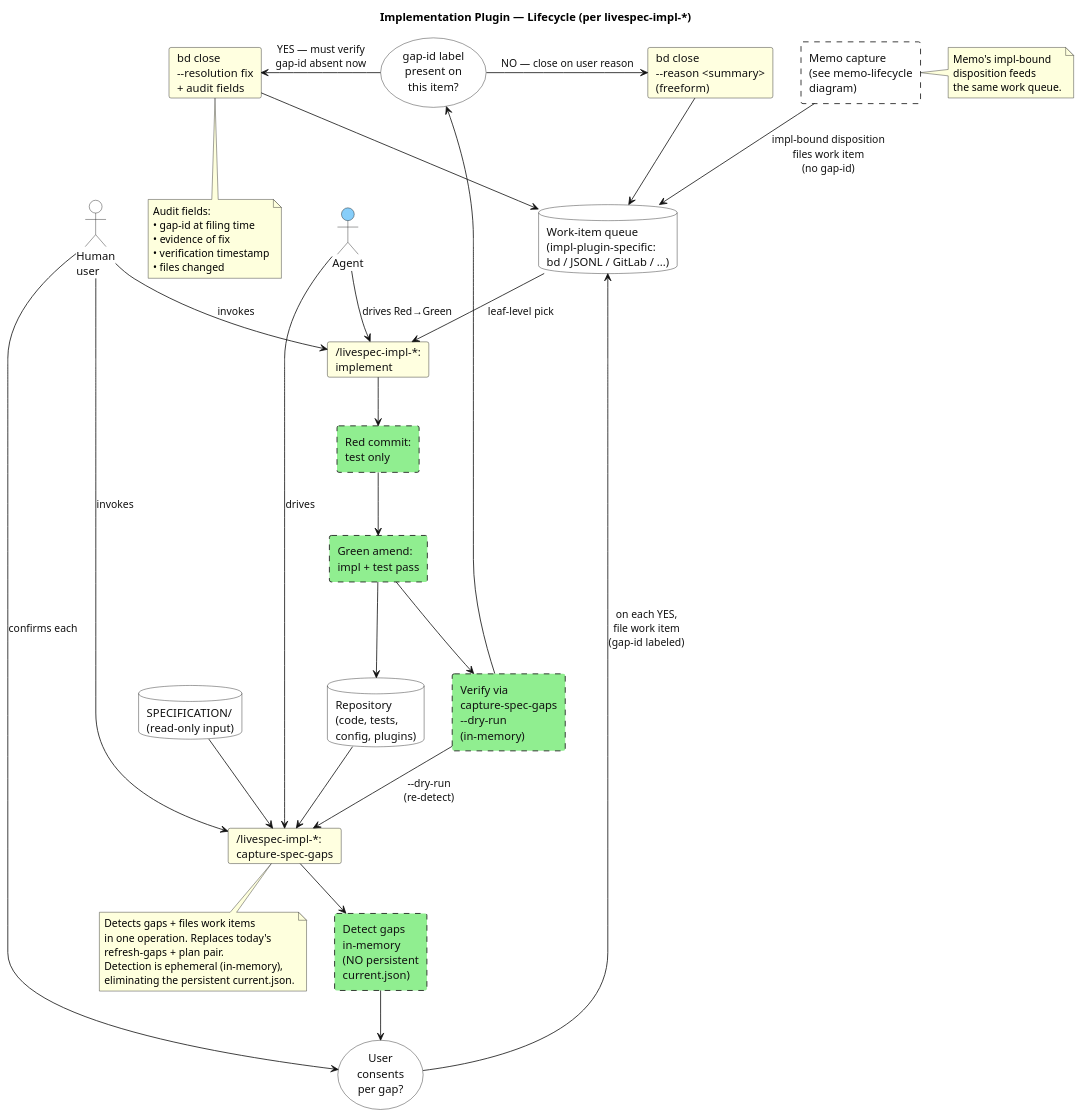
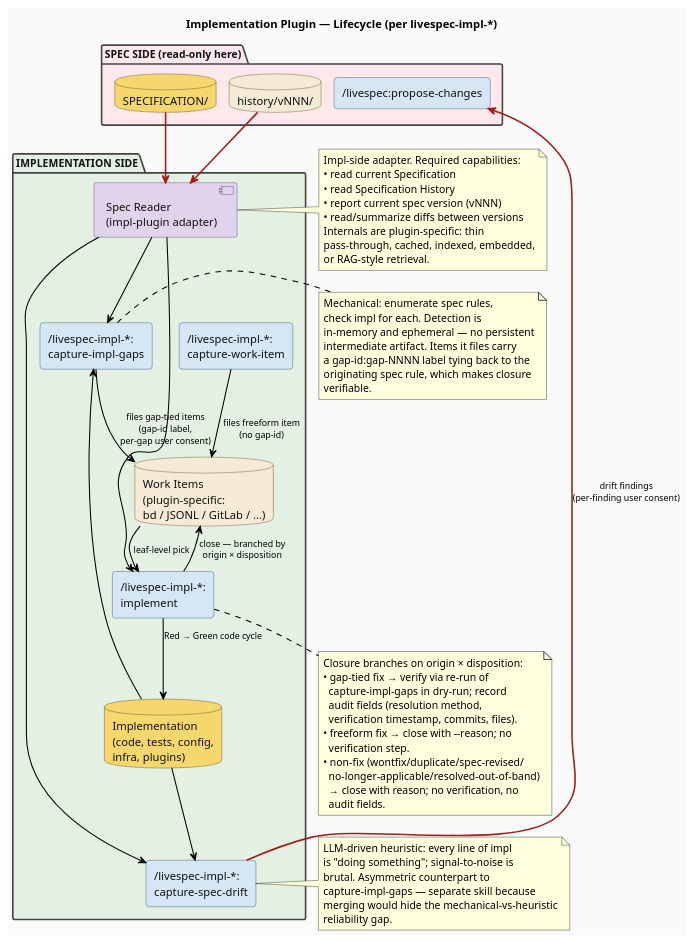
Before and after one commit to thewoolleyman/livespec: the diagram in research/workflow-processes/diagrams/implementation-lifecycle.plantuml, drawn with PlantUML. The commit also changed 19 other files, not shown here.

```diff
--- a/research/workflow-processes/diagrams/implementation-lifecycle.plantuml
+++ b/research/workflow-processes/diagrams/implementation-lifecycle.plantuml
@@ -1,87 +1,91 @@
 @startuml implementation-lifecycle
 title Implementation Plugin — Lifecycle (per livespec-impl-*)
 skinparam defaultFontName Helvetica
 skinparam shadowing false
-skinparam BackgroundColor white
-skinparam ArrowColor #111
-skinparam ArrowFontColor #111
+skinparam BackgroundColor #fafafa
+skinparam ArrowColor #000000
+skinparam ArrowFontColor #000000
+skinparam ArrowFontSize 11
+skinparam ArrowThickness 1.3
+skinparam nodesep 16
+skinparam ranksep 26
+hide stereotype
+
 skinparam rectangle {
-  BorderColor #111
-  BackgroundColor white
+  BackgroundColor #d6e6f5
+  BorderColor #1f4768
+  FontColor #111
+  RoundCorner 8
+}
+skinparam database {
+  BackgroundColor #f5ead5
+  BorderColor #5a4319
   FontColor #111
 }
-skinparam database {
-  BorderColor #111
-  BackgroundColor white
+skinparam component {
+  BackgroundColor #e0d4ec
+  BorderColor #5a3a72
   FontColor #111
 }
-skinparam usecase {
-  BorderColor #111
-  BackgroundColor white
+skinparam package {
   FontColor #111
-}
-skinparam card {
-  BorderColor #111
-  BackgroundColor white
-  FontColor #111
-}
-skinparam actor {
-  BorderColor #111
-  BackgroundColor white
-  FontColor #111
+  FontSize 13
+  FontStyle bold
+  BorderColor #444
+  BorderThickness 2
 }
 
-actor "Human\nuser" as HumanUser
-actor "Agent" as Agent #LightSkyBlue
+package "SPEC SIDE (read-only here)" as SpecPkg #fde8ec {
+  database "SPECIFICATION/" as Spec #f5d76e
+  database "history/vNNN/" as History
+  rectangle "/livespec:propose-changes" as Propose
+}
 
-database "SPECIFICATION/\n(read-only input)" as Spec
-database "Repository\n(code, tests,\nconfig, plugins)" as Repo
+package "IMPLEMENTATION SIDE" as ImplPkg #e3f0e3 {
+  rectangle "/livespec-impl-*:\ncapture-impl-gaps" as CaptureImplGaps
+  rectangle "/livespec-impl-*:\ncapture-spec-drift" as CaptureSpecDrift
+  rectangle "/livespec-impl-*:\ncapture-work-item" as CaptureWorkItem
+  rectangle "/livespec-impl-*:\nimplement" as Implement
 
-card "/livespec-impl-*:\ncapture-spec-gaps" as CaptureGaps #LightYellow
-rectangle "Detect gaps\nin-memory\n(NO persistent\ncurrent.json)" as DetectGaps #LightGreen;line.dashed
+  component "Spec Reader\n(impl-plugin adapter)" as SpecReader
 
-usecase "User\nconsents\nper gap?" as PerGapConsent
-database "Work-item queue\n(impl-plugin-specific:\nbd / JSONL / GitLab / ...)" as WorkQueue
+  database "Implementation\n(code, tests, config,\ninfra, plugins)" as Impl #f5d76e
+  database "Work Items\n(plugin-specific:\nbd / JSONL / GitLab / ...)" as WorkItems
+}
 
-card "/livespec-impl-*:\nimplement" as ImplementCmd #LightYellow
-rectangle "Red commit:\ntest only" as RedCommit #LightGreen;line.dashed
-rectangle "Green amend:\nimpl + test pass" as GreenCommit #LightGreen;line.dashed
-rectangle "Verify via\ncapture-spec-gaps\n--dry-run\n(in-memory)" as Verify #LightGreen;line.dashed
+' Cross-boundary: spec content flows to the impl-side Spec Reader
+Spec -[#a02020,thickness=2]-> SpecReader
+History -[#a02020,thickness=2]-> SpecReader
 
-usecase "gap-id label\npresent on\nthis item?" as GapTied
-card "bd close\n--resolution fix\n+ audit fields" as CloseFix #LightYellow
-card "bd close\n--reason <summary>\n(freeform)" as CloseFreeform #LightYellow
+' Spec Reader fans out to impl-side consumers
+SpecReader --> CaptureImplGaps
+SpecReader --> CaptureSpecDrift
+SpecReader --> Implement
 
-rectangle "Memo capture\n(see memo-lifecycle\ndiagram)" as MemoCapture #FFFFFF;line.dashed
-note right of MemoCapture : Memo's impl-bound\ndisposition feeds\nthe same work queue.
+' Capture Impl Gaps: mechanical spec→impl gap detection
+Impl --> CaptureImplGaps
+CaptureImplGaps --> WorkItems : files gap-tied items\n(gap-id label,\nper-gap user consent)
 
-HumanUser --> CaptureGaps : invokes
-Agent --> CaptureGaps : drives
-Spec --> CaptureGaps
-Repo --> CaptureGaps
-CaptureGaps --> DetectGaps
-DetectGaps --> PerGapConsent
-HumanUser --> PerGapConsent : confirms each
-PerGapConsent --> WorkQueue : on each YES,\nfile work item\n(gap-id labeled)
-MemoCapture --> WorkQueue : impl-bound disposition\nfiles work item\n(no gap-id)
+' Capture Spec Drift: heuristic impl→spec drift detection
+Impl --> CaptureSpecDrift
 
-WorkQueue --> ImplementCmd : leaf-level pick
-HumanUser --> ImplementCmd : invokes
-Agent --> ImplementCmd : drives Red→Green
-ImplementCmd --> RedCommit
-RedCommit --> GreenCommit
-GreenCommit --> Repo
-GreenCommit --> Verify
-Verify --> CaptureGaps : --dry-run\n(re-detect)
+' Cross-boundary: drift findings feed back to Propose Change
+CaptureSpecDrift -[#a02020,thickness=2]-> Propose : drift findings\n(per-finding user consent)
 
-Verify --> GapTied
-GapTied -left-> CloseFix : YES — must verify\ngap-id absent now
-GapTied -right-> CloseFreeform : NO — close on user reason
-CloseFix --> WorkQueue
-CloseFreeform --> WorkQueue
+' Capture Work Item: direct freeform filing (bugs, refactors, tactical tasks)
+CaptureWorkItem --> WorkItems : files freeform item\n(no gap-id)
 
-note bottom of CaptureGaps : Detects gaps + files work items\nin one operation. Replaces today's\nrefresh-gaps + plan pair.\nDetection is ephemeral (in-memory),\neliminating the persistent current.json.
+' Implement drains work items into the realized implementation
+WorkItems --> Implement : leaf-level pick
+Implement --> Impl : Red → Green code cycle
+Implement --> WorkItems : close — branched by\norigin × disposition
 
-note bottom of CloseFix : Audit fields:\n• gap-id at filing time\n• evidence of fix\n• verification timestamp\n• files changed
+note right of CaptureImplGaps : Mechanical: enumerate spec rules,\ncheck impl for each. Detection is\nin-memory and ephemeral — no persistent\nintermediate artifact. Items it files carry\na gap-id:gap-NNNN label tying back to the\noriginating spec rule, which makes closure\nverifiable.
+
+note right of CaptureSpecDrift : LLM-driven heuristic: every line of impl\nis "doing something"; signal-to-noise is\nbrutal. Asymmetric counterpart to\ncapture-impl-gaps — separate skill because\nmerging would hide the mechanical-vs-heuristic\nreliability gap.
+
+note bottom of Implement : Closure branches on origin × disposition:\n• gap-tied fix → verify via re-run of\n  capture-impl-gaps in dry-run; record\n  audit fields (resolution method,\n  verification timestamp, commits, files).\n• freeform fix → close with --reason; no\n  verification step.\n• non-fix (wontfix/duplicate/spec-revised/\n  no-longer-applicable/resolved-out-of-band)\n  → close with reason; no verification, no\n  audit fields.
+
+note left of SpecReader : Impl-side adapter. Required capabilities:\n• read current Specification\n• read Specification History\n• report current spec version (vNNN)\n• read/summarize diffs between versions\nInternals are plugin-specific: thin\npass-through, cached, indexed, embedded,\nor RAG-style retrieval.
 
 @enduml
```
